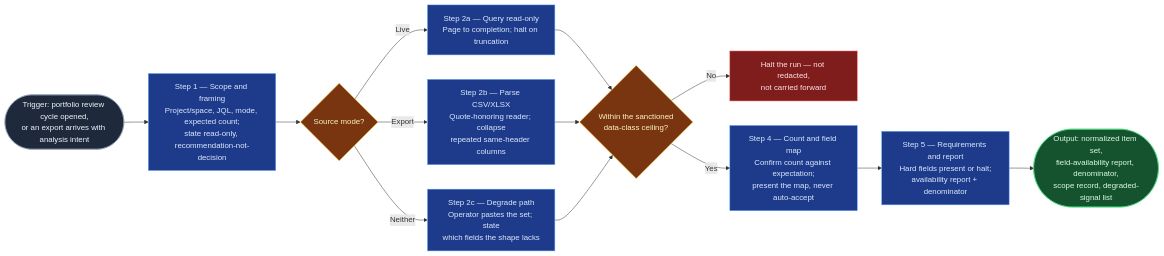
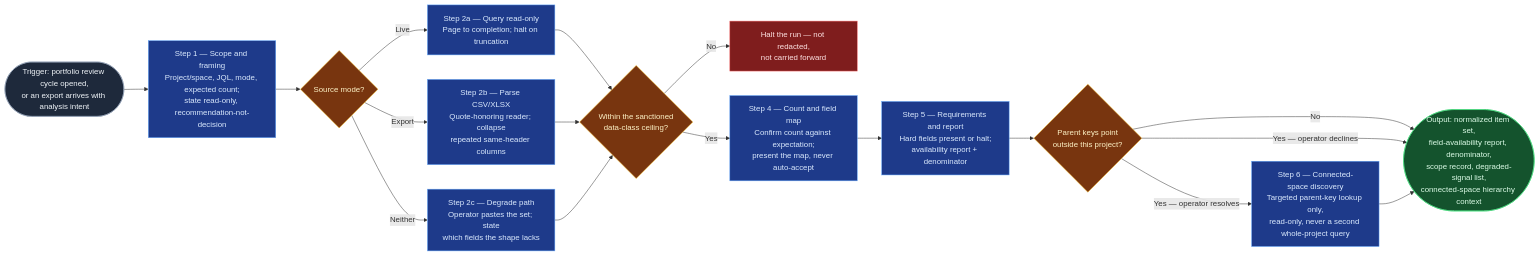
One commit to RafySauce/flow-lab changed the diagram in produced-skills/jira-portfolio-ingest/SKILL.md. Above: the diagram before and after it, drawn with Mermaid. The commit also changed other lines of this file and 11 other files, not shown here.

First line of the commit message:
Add ART-board connected-space discovery and portfolio hierarchy/orphan view

````diff
--- a/produced-skills/jira-portfolio-ingest/SKILL.md
+++ b/produced-skills/jira-portfolio-ingest/SKILL.md
@@ -52,21 +58,25 @@
 ```mermaid
 flowchart LR
     Start(["Trigger: portfolio review cycle opened,<br/>or an export arrives with analysis intent"]):::start --> P1["Step 1 — Scope and framing<br/>Project/space, JQL, mode, expected count;<br/>state read-only, recommendation-not-decision"]:::process
     P1 --> Mode{"Source mode?"}:::decision
     Mode -->|Live| L["Step 2a — Query read-only<br/>Page to completion; halt on truncation"]:::process
     Mode -->|Export| E["Step 2b — Parse CSV/XLSX<br/>Quote-honoring reader; collapse<br/>repeated same-header columns"]:::process
     Mode -->|"Neither"| D["Step 2c — Degrade path<br/>Operator pastes the set; state<br/>which fields the shape lacks"]:::process
     L --> Screen{"Within the sanctioned<br/>data-class ceiling?"}:::decision
     E --> Screen
     D --> Screen
     Screen -->|No| Halt["Halt the run — not redacted,<br/>not carried forward"]:::halt
     Screen -->|Yes| P3["Step 4 — Count and field map<br/>Confirm count against expectation;<br/>present the map, never auto-accept"]:::process
     P3 --> P4["Step 5 — Requirements and report<br/>Hard fields present or halt;<br/>availability report + denominator"]:::process
-    P4 --> Output(["Output: normalized item set,<br/>field-availability report, denominator,<br/>scope record, degraded-signal list"]):::output
+    P4 --> Discover{"Parent keys point<br/>outside this project?"}:::decision
+    Discover -->|No| Output(["Output: normalized item set,<br/>field-availability report, denominator,<br/>scope record, degraded-signal list,<br/>connected-space hierarchy context"]):::output
+    Discover -->|"Yes — operator declines"| Output
+    Discover -->|"Yes — operator resolves"| Resolve["Step 6 — Connected-space discovery<br/>Targeted parent-key lookup only,<br/>read-only, never a second whole-project query"]:::process
+    Resolve --> Output
 
     classDef start fill:#1e293b,stroke:#94a3b8,color:#f1f5f9
     classDef process fill:#1e3a8a,stroke:#60a5fa,color:#dbeafe
     classDef decision fill:#78350f,stroke:#fbbf24,color:#fef3c7
     classDef output fill:#14532d,stroke:#4ade80,color:#dcfce7
     classDef halt fill:#7f1d1d,stroke:#f87171,color:#fee2e2
 ```
````
